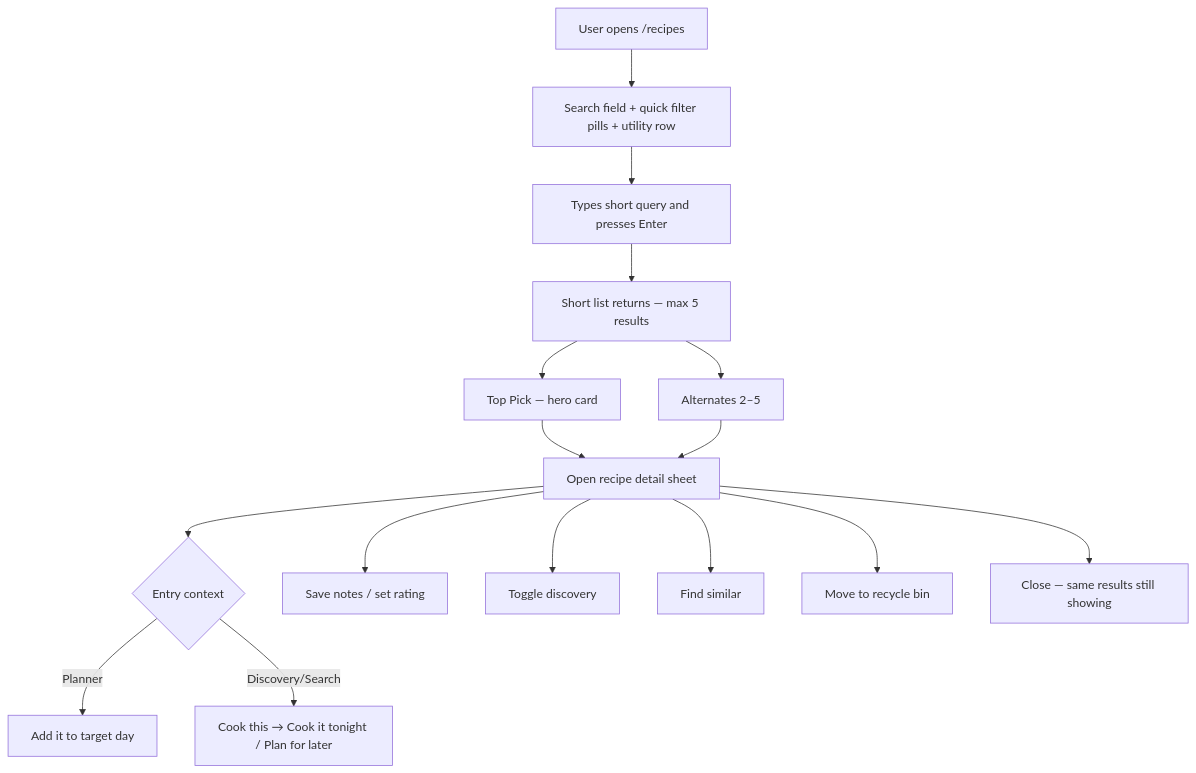
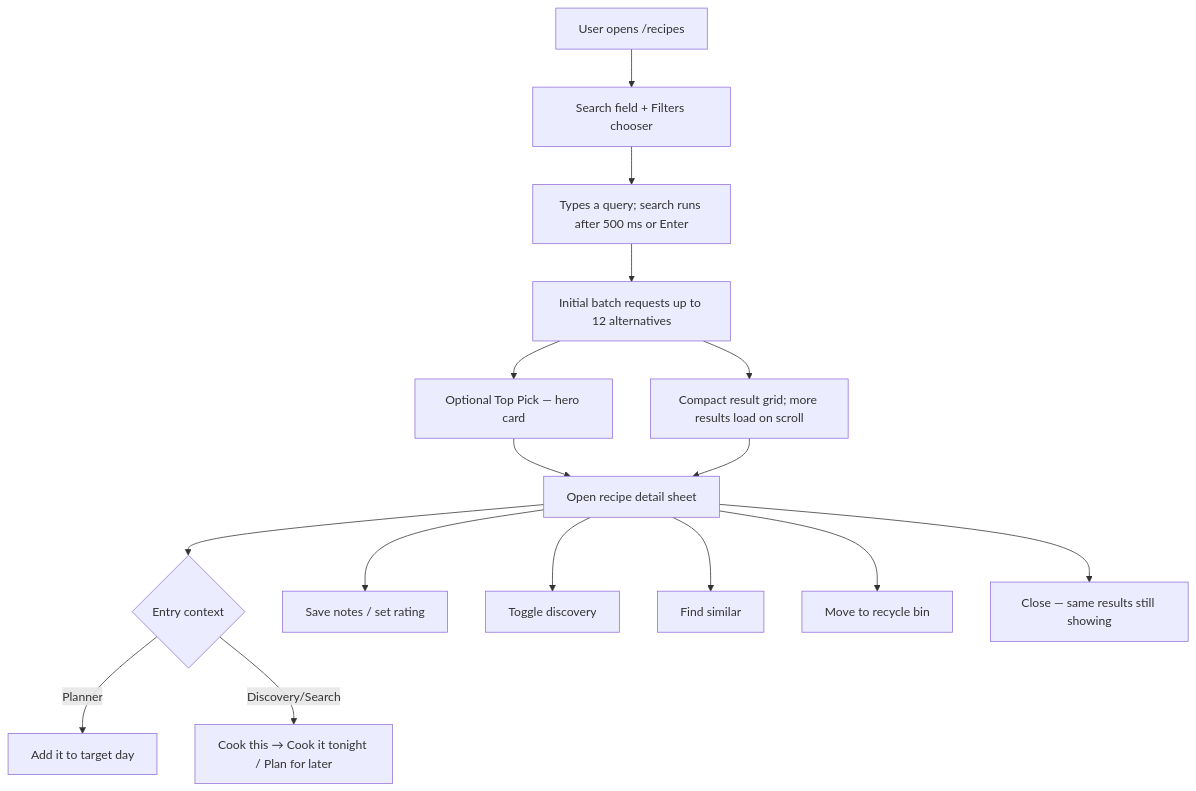
One commit to AlexandreBrisebois/whats-for-supper changed the first of 6 diagrams in docs/flows/user-flows/recipe-search-and-library-recovery.md. Above: the diagram before and after it, drawn with Mermaid. The commit also changed other lines of this file, not shown here.

Commit message:
docs: align docs/flows/user-flows/recipe-search-and-library-recovery.md with stable 0.1.21

````diff
--- a/docs/flows/user-flows/recipe-search-and-library-recovery.md
+++ b/docs/flows/user-flows/recipe-search-and-library-recovery.md
@@ -27,18 +27,18 @@
 ```mermaid
 flowchart TD
-    A[User opens /recipes] --> B[Search field + quick filter pills + utility row]
-    B --> C[Types short query and presses Enter]
-    C --> D[Short list returns — max 5 results]
-    D --> E[Top Pick — hero card]
-    D --> F[Alternates 2–5]
+    A[User opens /recipes] --> B[Search field + Filters chooser]
+    B --> C[Types a query; search runs after 500 ms or Enter]
+    C --> D[Initial batch requests up to 12 alternatives]
+    D --> E[Optional Top Pick — hero card]
+    D --> F[Compact result grid; more results load on scroll]
     E --> G[Open recipe detail sheet]
     F --> G
     G --> H{Entry context}
     H -->|Planner| H1[Add it to target day]
     H -->|Discovery/Search| H2[Cook this → Cook it tonight / Plan for later]
     G --> I[Save notes / set rating]
     G --> J[Toggle discovery]
     G --> K[Find similar]
     G --> L[Move to recycle bin]
     G --> M[Close — same results still showing]
 ```
````
